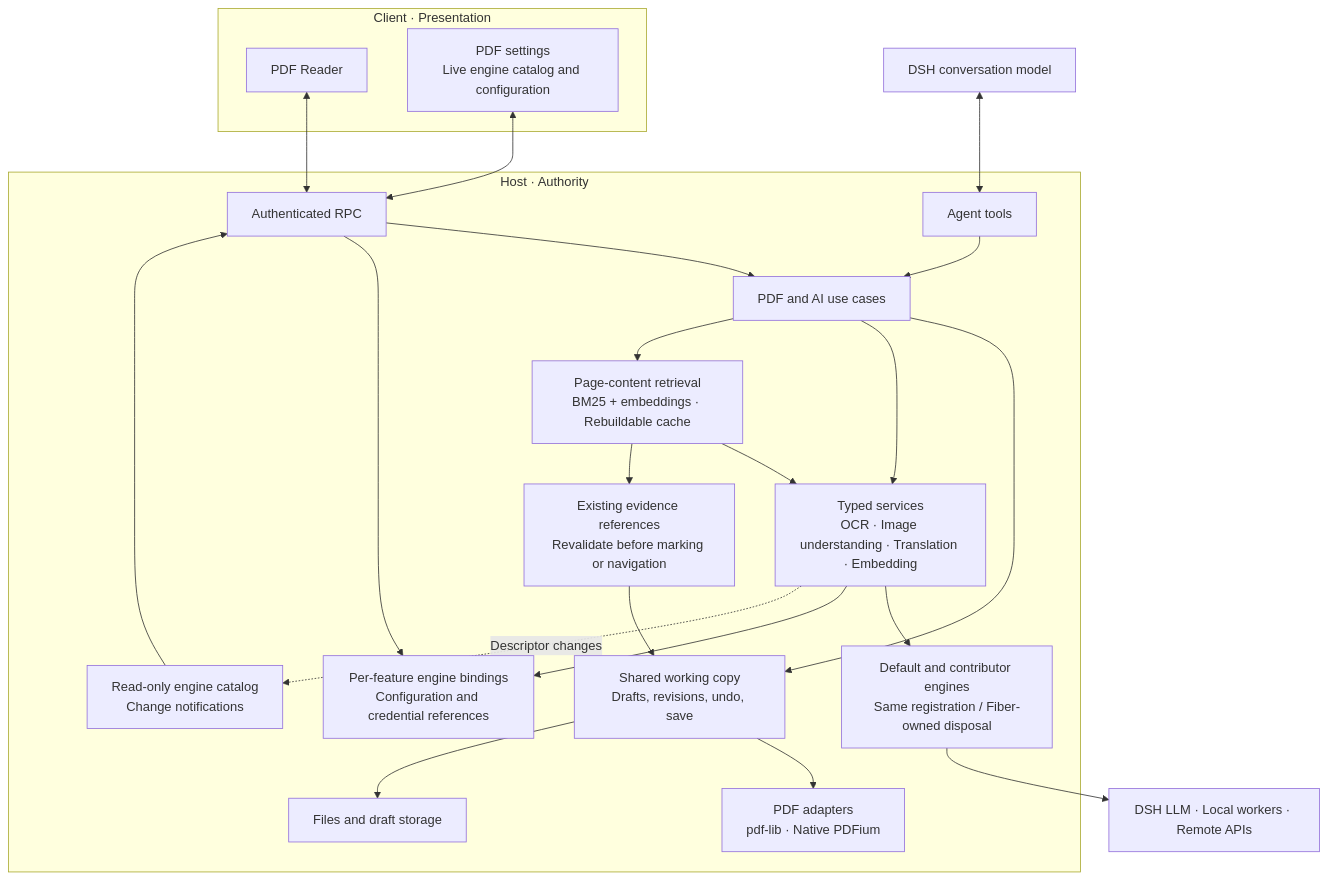
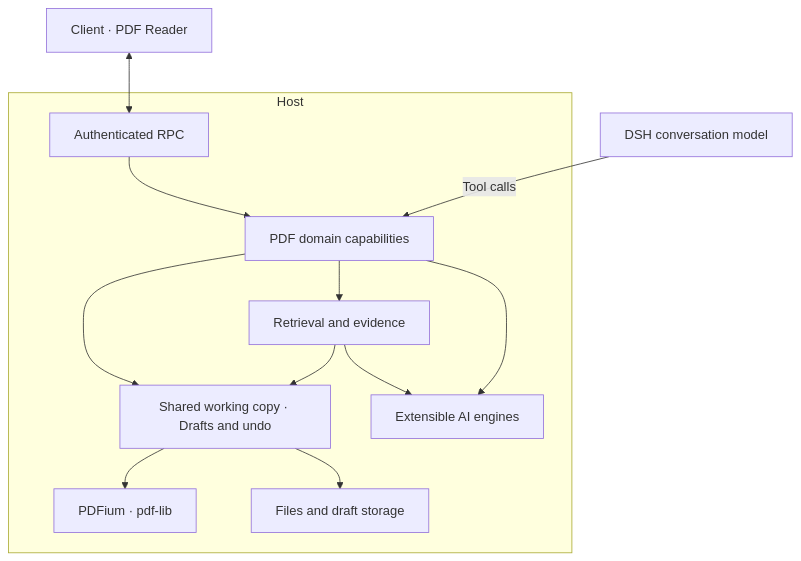
The diagram in README.md (dingyiliao/dsh-bundle-pdf), drawn with Mermaid before and after one commit. The commit also changed other lines of this file and 5 other files, not shown here.

````diff
--- a/README.md
+++ b/README.md
@@ -85,40 +61,15 @@
 ```mermaid
 flowchart TB
-  subgraph Client["Client · Presentation"]
-    Reader["PDF Reader"]
-    Settings["PDF settings<br/>Live engine catalog and configuration"]
+  Reader["Client · PDF Reader"] <--> RPC
+  Model["DSH conversation model"] -- "Tool calls" --> Features
+  subgraph Host
+    RPC["Authenticated RPC"] --> Features["PDF domain capabilities"]
+    Features --> Copy["Shared working copy · Drafts and undo"]
+    Features --> Search["Retrieval and evidence"]
+    Features --> Engines["Extensible AI engines"]
+    Search --> Copy
+    Search --> Engines
+    Copy --> PDF["PDFium · pdf-lib"]
+    Copy --> Storage["Files and draft storage"]
   end
-  subgraph Host["Host · Authority"]
-    RPC["Authenticated RPC"]
-    Tools["Agent tools"]
-    Features["PDF and AI use cases"]
-    Copy["Shared working copy<br/>Drafts, revisions, undo, save"]
-    AI["Typed services<br/>OCR · Image understanding · Translation · Embedding"]
-    Retrieval["Page-content retrieval<br/>BM25 + embeddings · Rebuildable cache"]
-    Evidence["Existing evidence references<br/>Revalidate before marking or navigation"]
-    Catalog["Read-only engine catalog<br/>Change notifications"]
-    Config["Per-feature engine bindings<br/>Configuration and credential references"]
-    Backends["Default and contributor engines<br/>Same registration / Fiber-owned disposal"]
-    Native["PDF adapters<br/>pdf-lib · Native PDFium"]
-    Files["Files and draft storage"]
-    RPC --> Features
-    Tools --> Features
-    Features --> Copy
-    Features --> AI
-    Features --> Retrieval
-    Retrieval --> AI
-    Retrieval --> Evidence
-    Evidence --> Copy
-    Copy --> Native
-    Copy --> Files
-    AI --> Backends
-    AI --> Config
-    AI -. "Descriptor changes" .-> Catalog
-    Catalog --> RPC
-    RPC --> Config
-  end
-  Reader <--> RPC
-  Settings <--> RPC
-  Model["DSH conversation model"] <--> Tools
-  Backends --> Dependencies["DSH LLM · Local workers · Remote APIs"]
 ```
````
